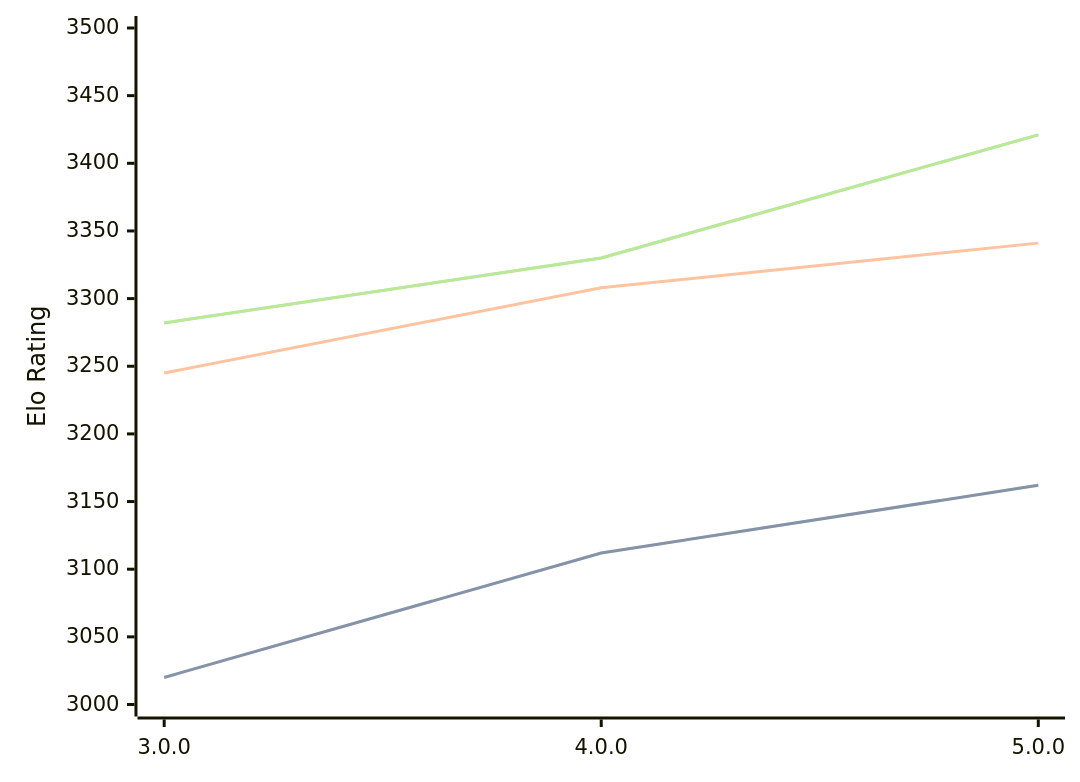
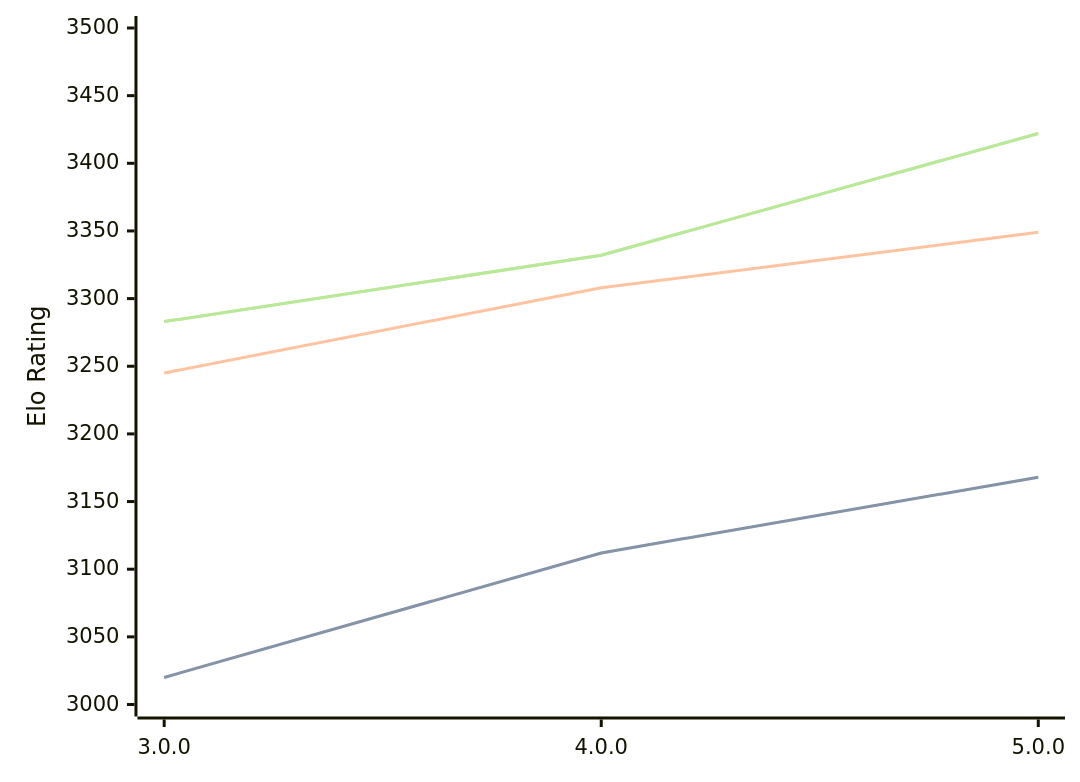
The diagram in engines/Minke.md (computer-chess-index/cci), drawn with Mermaid before and after one commit. The commit also changed other lines of this file, not shown here.

Commit message:
Update CCI Ratings (ELO VLTC) - 2026-02-18

````diff
--- a/engines/Minke.md
+++ b/engines/Minke.md
@@ -32,11 +32,11 @@
 ```mermaid
 %%{init: {"theme":"base","themeVariables":{"seriesColors:['#a3a3a3','#222221','#faa371']}}}%%
 xychart-beta
   x-axis ["3.0.0", "4.0.0", "5.0.0"]
   y-axis "Elo Rating" 3000 --> 3500
-  line "STC (8.0+0.08s)" [3020, 3112, 3162]
-  line "STC (8.0+0.08s)" [3020, 3112, 3162]
-  line "LTC (60.0+0.60s)" [3245, 3308, 3341]
-  line "VLTC (2m24s+1.12s)" [3282, 3330, 3421]
-  line "VLTC (2m24s+1.12s)" [3282, 3330, 3421]
+  line "STC (8.0+0.08s)" [3020, 3112, 3168]
+  line "STC (8.0+0.08s)" [3020, 3112, 3168]
+  line "LTC (60.0+0.60s)" [3245, 3308, 3349]
+  line "VLTC (2m24s+1.12s)" [3283, 3332, 3422]
+  line "VLTC (2m24s+1.12s)" [3283, 3332, 3422]
 ```
````
